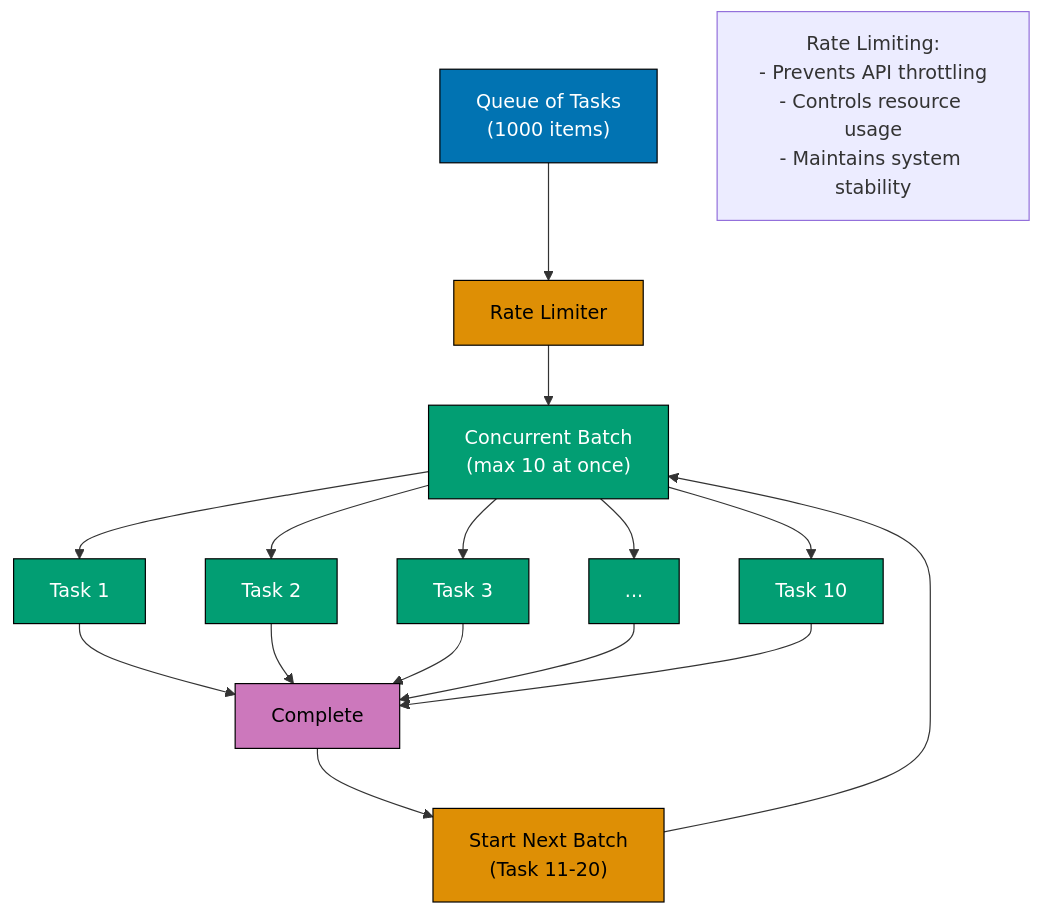
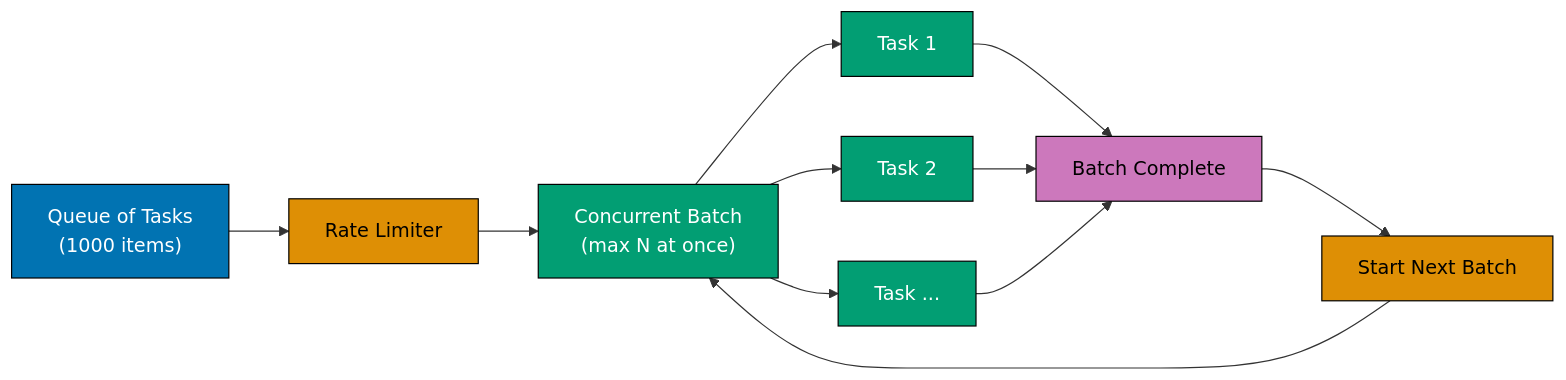
Before and after one commit to wahidyankf/ose-primer: the eighth of 8 diagrams in docs/explanation/software-engineering/programming-languages/typescript/concurrency-and-parallelism.md, drawn with Mermaid. The commit also changed other lines of this file and 16 other files, not shown here.

Commit message:
fix(docs): fix mermaid violations in typescript/ docs (batch 1/10)

````diff
--- a/docs/explanation/software-engineering/programming-languages/typescript/concurrency-and-parallelism.md
+++ b/docs/explanation/software-engineering/programming-languages/typescript/concurrency-and-parallelism.md
@@ -555,31 +546,25 @@
 ```mermaid
 %% Color Palette: Blue #0173B2, Orange #DE8F05, Teal #029E73, Purple #CC78BC
 %% All colors are color-blind friendly and meet WCAG AA contrast standards
 
-graph TD
+graph LR
     A["Queue of Tasks<br/>(1000 items)"]:::blue --> B["Rate Limiter"]:::orange
 
-    B --> C["Concurrent Batch<br/>(max 10 at once)"]:::teal
+    B --> C["Concurrent Batch<br/>(max N at once)"]:::teal
 
     C --> T1["Task 1"]:::teal
     C --> T2["Task 2"]:::teal
-    C --> T3["Task 3"]:::teal
-    C --> T4["..."]:::teal
-    C --> T10["Task 10"]:::teal
+    C --> T3["Task ..."]:::teal
 
-    T1 --> Complete1["Complete"]:::purple
+    T1 --> Complete1["Batch Complete"]:::purple
     T2 --> Complete1
     T3 --> Complete1
-    T4 --> Complete1
-    T10 --> Complete1
 
-    Complete1 --> Next["Start Next Batch<br/>(Task 11-20)"]:::orange
+    Complete1 --> Next["Start Next Batch"]:::orange
     Next --> C
-
-    Note1["Rate Limiting:<br/>- Prevents API throttling<br/>- Controls resource usage<br/>- Maintains system stability"]
 
     classDef blue fill:#0173B2,stroke:#000,color:#fff
     classDef orange fill:#DE8F05,stroke:#000,color:#000
     classDef teal fill:#029E73,stroke:#000,color:#fff
     classDef purple fill:#CC78BC,stroke:#000,color:#000
 ```
````
